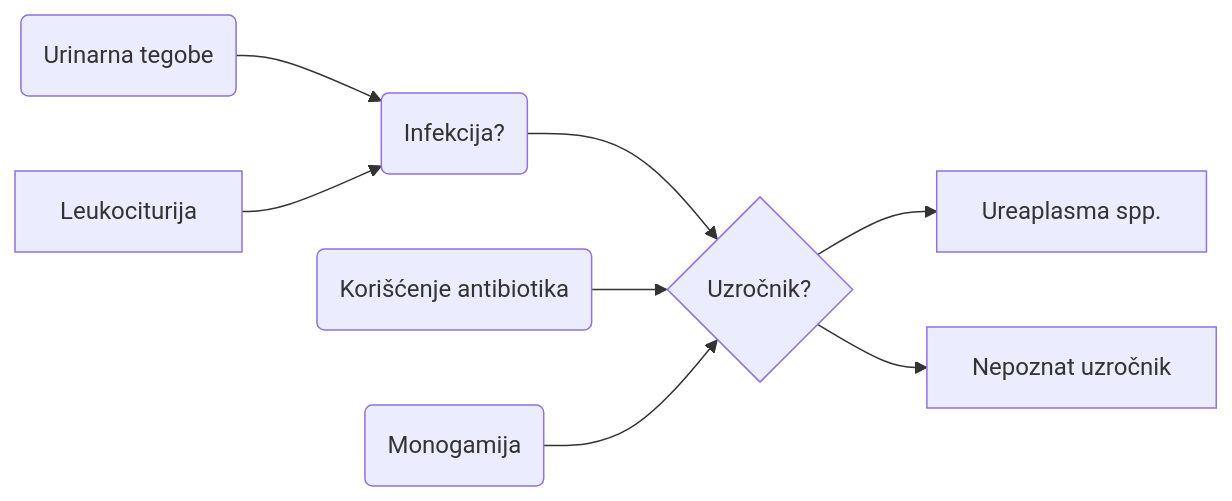
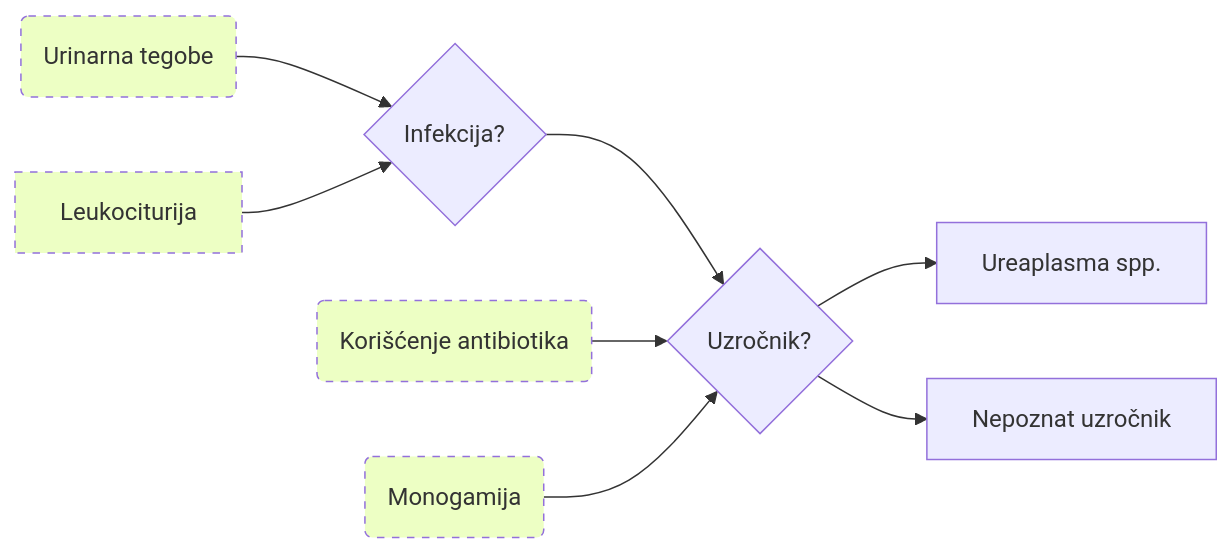
The second of 2 diagrams in myblog/posts/sr/med-dg/index.qmd (nikola-grubor/nikola-grubor.github.io), drawn with Mermaid before and after one commit. The commit also changed other lines of this file and 8 other files, not shown here.

````diff
--- a/myblog/posts/sr/med-dg/index.qmd
+++ b/myblog/posts/sr/med-dg/index.qmd
@@ -97,14 +120,18 @@
 ```{mermaid}
 %%| label: fig-updating
-%%| fig-cap: "Something."
+%%| fig-cap: "Očigledno je da se ažuriranje uverenja može dešavati na više nivoa. Jednom kada smo dovoljno ubeđeni da, recimo, postoji `infekcija` možemo tražiti dokaze o uzročnicima."
 
 flowchart LR
-  A("Urinarna tegobe") --> B("Infekcija?")
+  A("Urinarna tegobe") --> B{"Infekcija?"}
   C["Leukociturija"] --> B
   B --> U{"Uzročnik?"}
   U --> D["Ureaplasma spp."]
   AB("Korišćenje antibiotika") --> U
   M("Monogamija") --> U
   U --> N["Nepoznat uzročnik"]
+  style A stroke-dasharray: 5 5, fill:#edffc4
+  style C stroke-dasharray: 5 5, fill:#edffc4
+  style AB stroke-dasharray: 5 5, fill:#edffc4
+  style M stroke-dasharray: 5 5, fill:#edffc4
   
 ```
````
